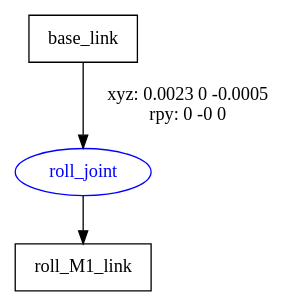
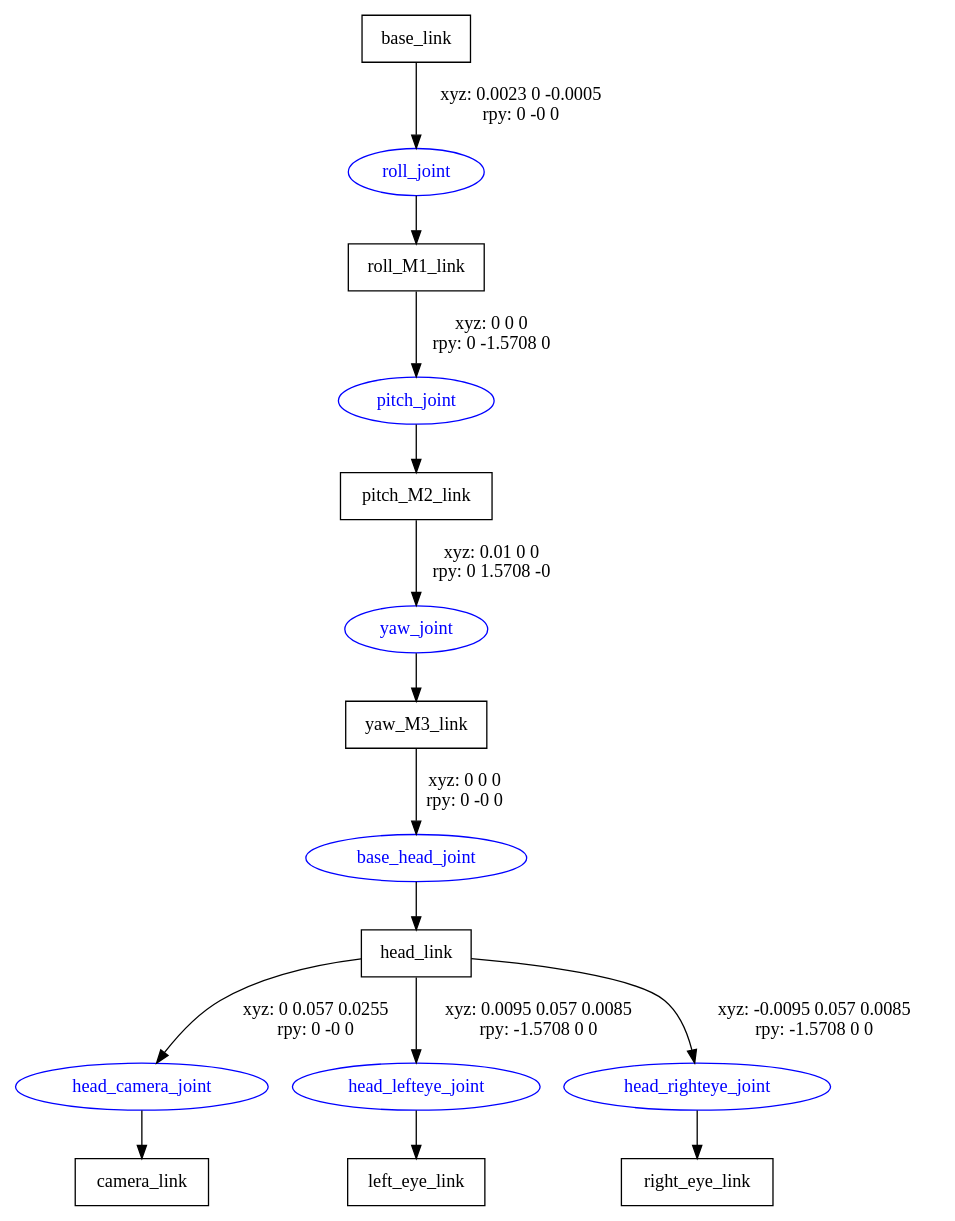
The diagram in my_mira_description/urdf/mira.gv (rwbot/urdf_robot_creation), drawn with Graphviz before and after one commit. The commit also changed 2 other files, not shown here.

```diff
--- a/my_mira_description/urdf/mira.gv
+++ b/my_mira_description/urdf/mira.gv
@@ -1,8 +1,26 @@
 digraph G {
 node [shape=box];
 "base_link" [label="base_link"];
 "roll_M1_link" [label="roll_M1_link"];
+"pitch_M2_link" [label="pitch_M2_link"];
+"yaw_M3_link" [label="yaw_M3_link"];
+"head_link" [label="head_link"];
+"camera_link" [label="camera_link"];
+"left_eye_link" [label="left_eye_link"];
+"right_eye_link" [label="right_eye_link"];
 node [shape=ellipse, color=blue, fontcolor=blue];
 "base_link" -> "roll_joint" [label="xyz: 0.0023 0 -0.0005 \nrpy: 0 -0 0"]
 "roll_joint" -> "roll_M1_link"
+"roll_M1_link" -> "pitch_joint" [label="xyz: 0 0 0 \nrpy: 0 -1.5708 0"]
+"pitch_joint" -> "pitch_M2_link"
+"pitch_M2_link" -> "yaw_joint" [label="xyz: 0.01 0 0 \nrpy: 0 1.5708 -0"]
+"yaw_joint" -> "yaw_M3_link"
+"yaw_M3_link" -> "base_head_joint" [label="xyz: 0 0 0 \nrpy: 0 -0 0"]
+"base_head_joint" -> "head_link"
+"head_link" -> "head_camera_joint" [label="xyz: 0 0.057 0.0255 \nrpy: 0 -0 0"]
+"head_camera_joint" -> "camera_link"
+"head_link" -> "head_lefteye_joint" [label="xyz: 0.0095 0.057 0.0085 \nrpy: -1.5708 0 0"]
+"head_lefteye_joint" -> "left_eye_link"
+"head_link" -> "head_righteye_joint" [label="xyz: -0.0095 0.057 0.0085 \nrpy: -1.5708 0 0"]
+"head_righteye_joint" -> "right_eye_link"
 }
```
